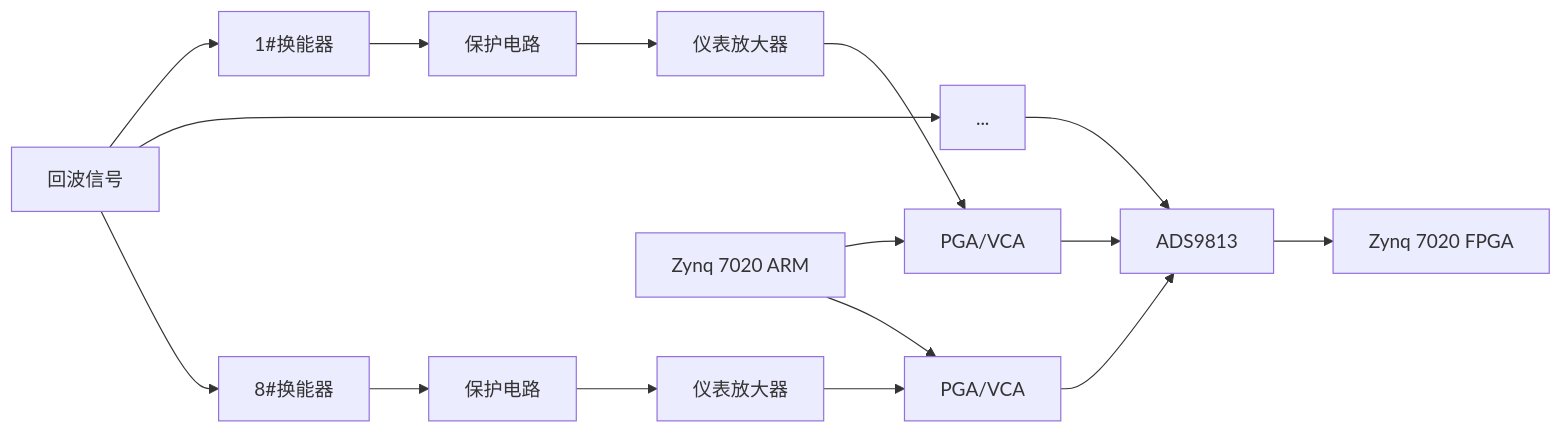
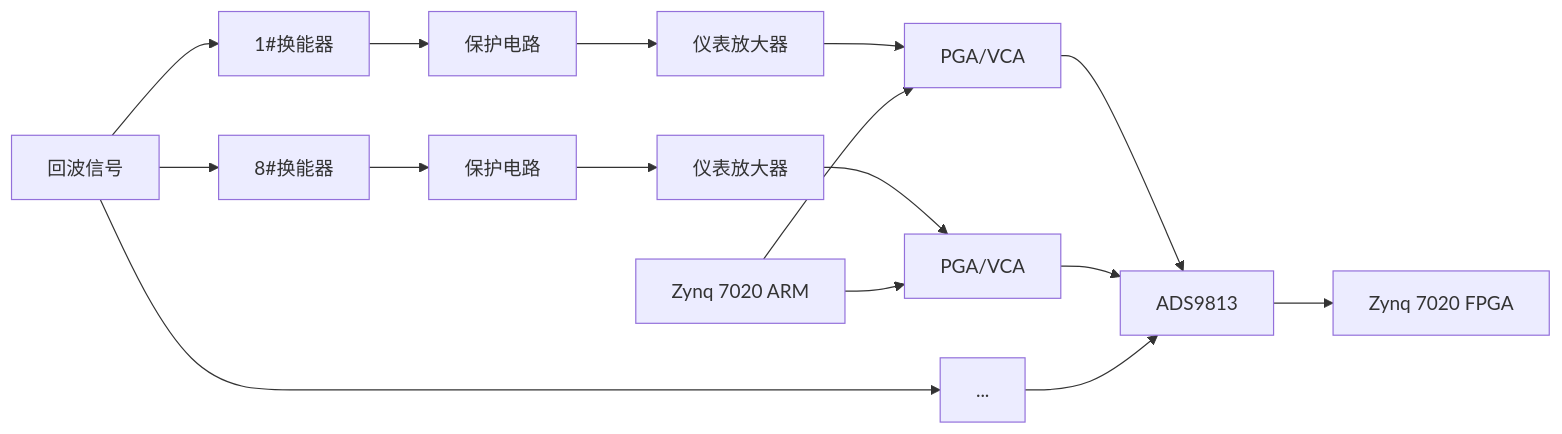
Before and after one commit to Rukawa15/iodraw-files: the diagram in all/同步采集.md, drawn with Mermaid. The commit also changed other lines of this file, not shown here.

````diff
--- a/all/同步采集.md
+++ b/all/同步采集.md
@@ -1,24 +1,24 @@
 ```mermaid
 graph LR
 A[回波信号]
 A --> B1[1#换能器]
 A --> ...
 A --> B8[8#换能器]
 
 B1 --> C1[保护电路]
 B8 --> C8[保护电路]
 
 C1 --> D1[仪表放大器]
 C8 --> D8[仪表放大器]
 
 D1 --> E1[PGA/VCA]
 D8 --> E8[PGA/VCA]
 
 E1 --> F[ADS9813]
+
+E8 --> F[ADS9813] 
 ... --> F
-E8 --> F[ADS9813] 
-
 F --> G[Zynq 7020 FPGA]
 H[Zynq 7020 ARM] --> E1
 H[Zynq 7020 ARM] --> E8
 ```
````
